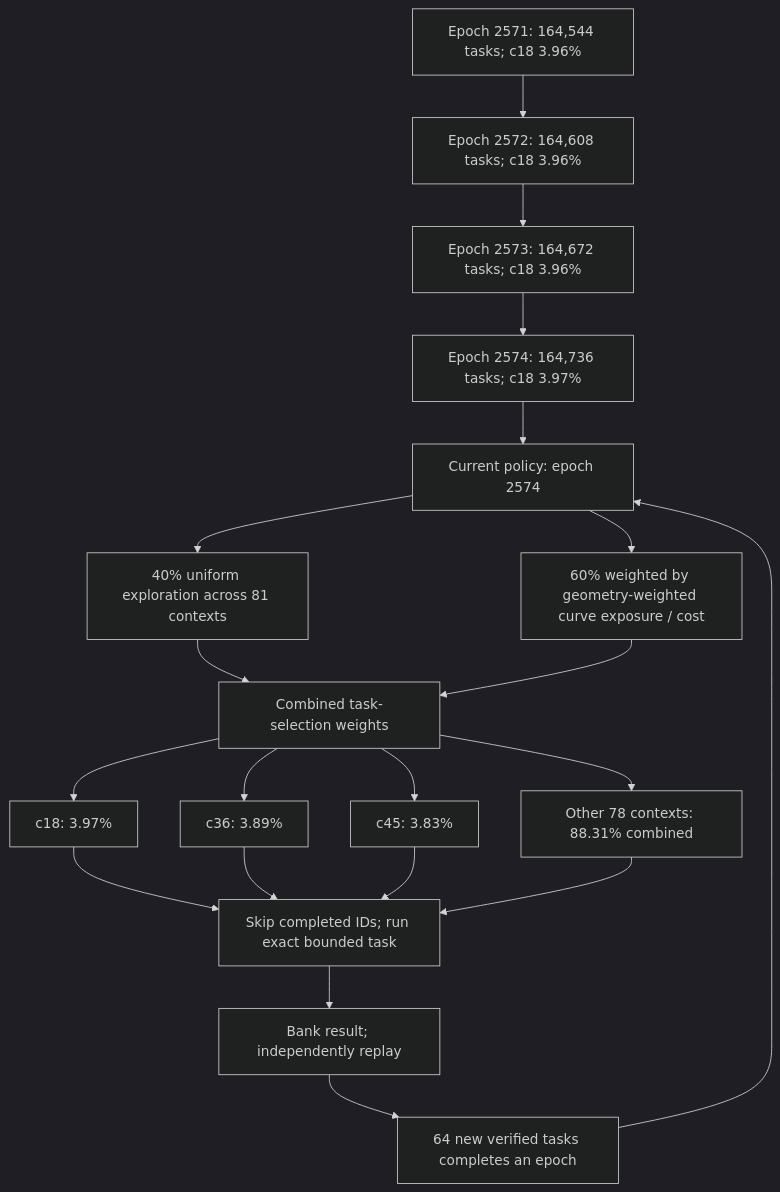
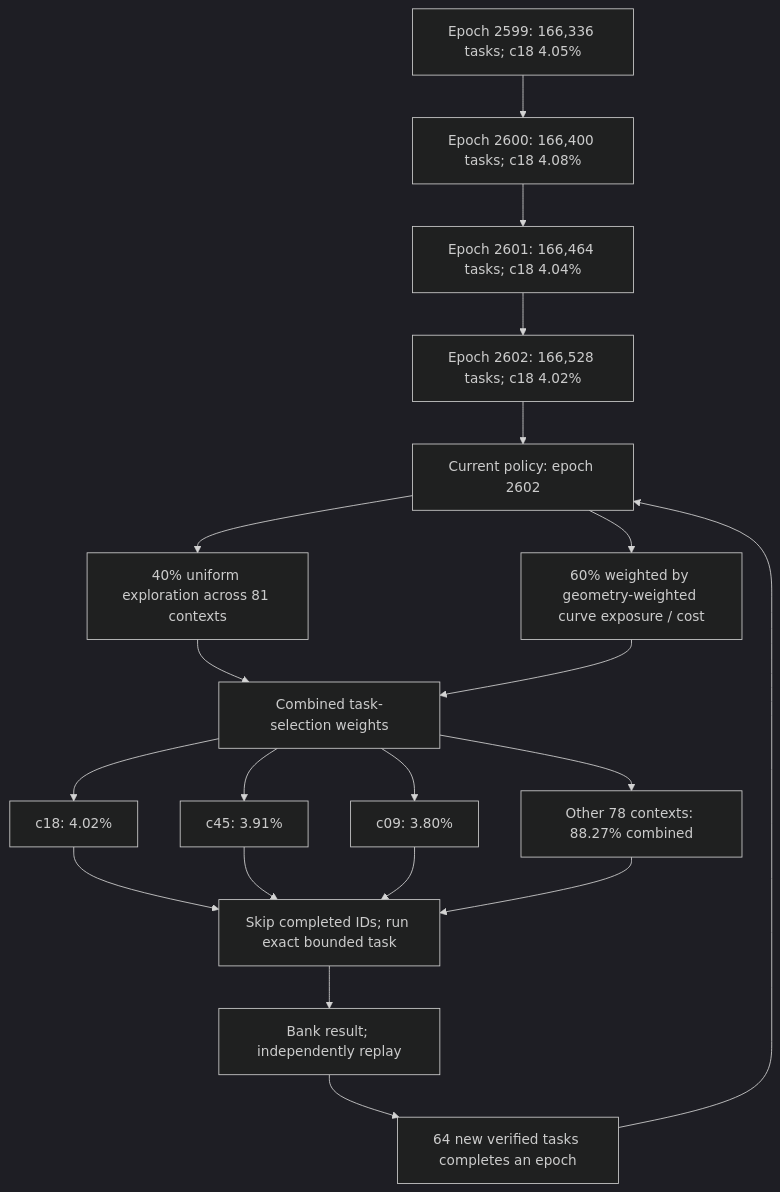
Before and after one commit to Kuberwastaken/math-gambling: the first of 3 diagrams in README.md, drawn with Mermaid (dark theme). The commit also changed other lines of this file and 3593 other files, not shown here.

````diff
--- a/README.md
+++ b/README.md
@@ -56,27 +56,27 @@
 ```mermaid
 flowchart TD
-    H0["Epoch 2571: 164,544 tasks; c18 3.96%"]
-    H1["Epoch 2572: 164,608 tasks; c18 3.96%"]
+    H0["Epoch 2599: 166,336 tasks; c18 4.05%"]
+    H1["Epoch 2600: 166,400 tasks; c18 4.08%"]
     H0 --> H1
-    H2["Epoch 2573: 164,672 tasks; c18 3.96%"]
+    H2["Epoch 2601: 166,464 tasks; c18 4.04%"]
     H1 --> H2
-    H3["Epoch 2574: 164,736 tasks; c18 3.97%"]
+    H3["Epoch 2602: 166,528 tasks; c18 4.02%"]
     H2 --> H3
-    Policy["Current policy: epoch 2574"]
+    Policy["Current policy: epoch 2602"]
     H3 --> Policy
     Policy --> Explore["40% uniform exploration across 81 contexts"]
     Policy --> Cost["60% weighted by geometry-weighted curve exposure / cost"]
     Explore --> Mix["Combined task-selection weights"]
     Cost --> Mix
-    Mix --> C0["c18: 3.97%"]
-    Mix --> C1["c36: 3.89%"]
-    Mix --> C2["c45: 3.83%"]
-    Mix --> Rest["Other 78 contexts: 88.31% combined"]
+    Mix --> C0["c18: 4.02%"]
+    Mix --> C1["c45: 3.91%"]
+    Mix --> C2["c09: 3.80%"]
+    Mix --> Rest["Other 78 contexts: 88.27% combined"]
     C0 --> Check["Skip completed IDs; run exact bounded task"]
     C1 --> Check
     C2 --> Check
     Rest --> Check
     Check --> Replay["Bank result; independently replay"]
     Replay --> Gate["64 new verified tasks completes an epoch"]
     Gate --> Policy
 ```
````
